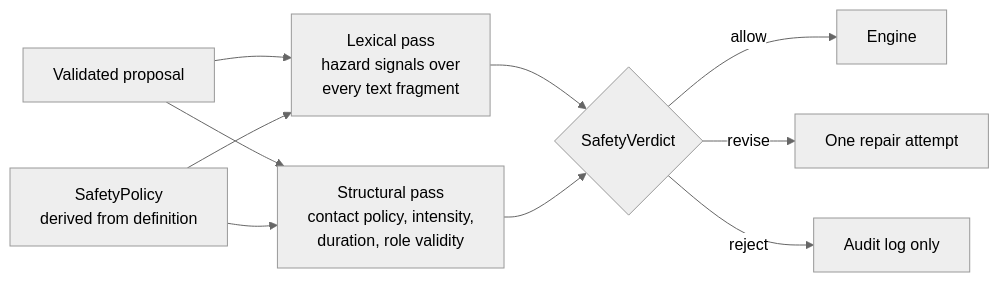
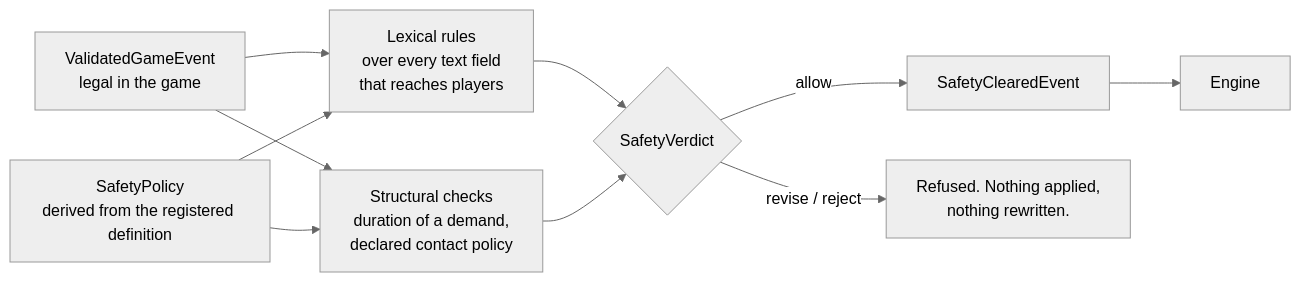
Before and after one commit to SHWETANK-SAURABH/touchgrass-game-master: the fourth of 9 diagrams in ARCHITECTURE.md, drawn with Mermaid (neutral theme). The commit also changed other lines of this file and 30 other files, not shown here.

Commit message:
feat(safety): add deterministic game-master safety boundary

````diff
--- a/ARCHITECTURE.md
+++ b/ARCHITECTURE.md
@@ -268,13 +290,12 @@
 ```mermaid
 flowchart LR
-    Proposal["Validated proposal"] --> Lex["Lexical pass<br/>hazard signals over<br/>every text fragment"]
-    Proposal --> Struct["Structural pass<br/>contact policy, intensity,<br/>duration, role validity"]
+    Proposal["ValidatedGameEvent<br/>legal in the game"] --> Lex["Lexical rules<br/>over every text field<br/>that reaches players"]
+    Proposal --> Struct["Structural checks<br/>duration of a demand,<br/>declared contact policy"]
     Lex --> Verdict
     Struct --> Verdict
-    Policy["SafetyPolicy<br/>derived from definition"] --> Lex
+    Policy["SafetyPolicy<br/>derived from the registered definition"] --> Lex
     Policy --> Struct
     Verdict{"SafetyVerdict"}
-    Verdict -- allow --> Engine["Engine"]
-    Verdict -- revise --> Repair["One repair attempt"]
-    Verdict -- reject --> Log["Audit log only"]
+    Verdict -- allow --> Cleared["SafetyClearedEvent"] --> Engine["Engine"]
+    Verdict -- "revise / reject" --> Refused["Refused. Nothing applied,<br/>nothing rewritten."]
 ```
````
